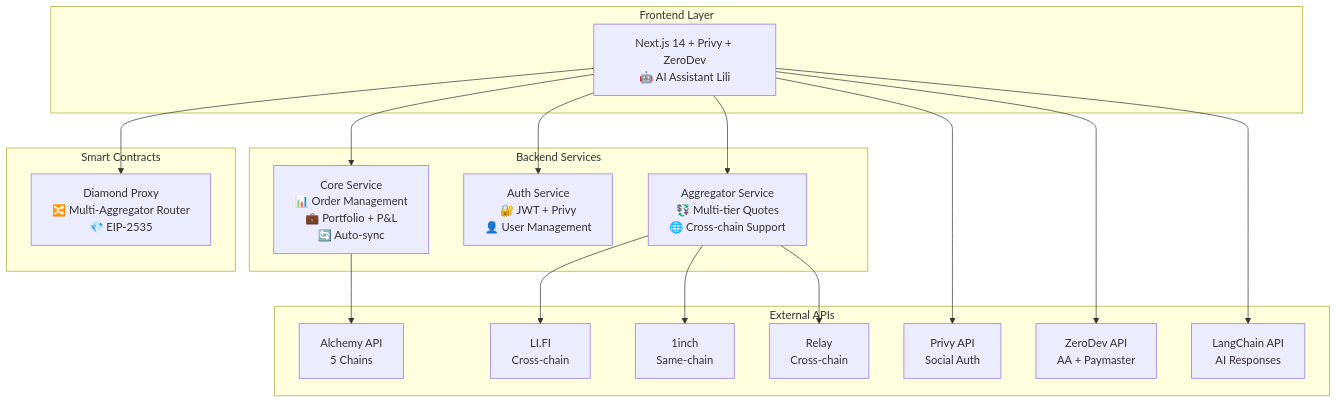
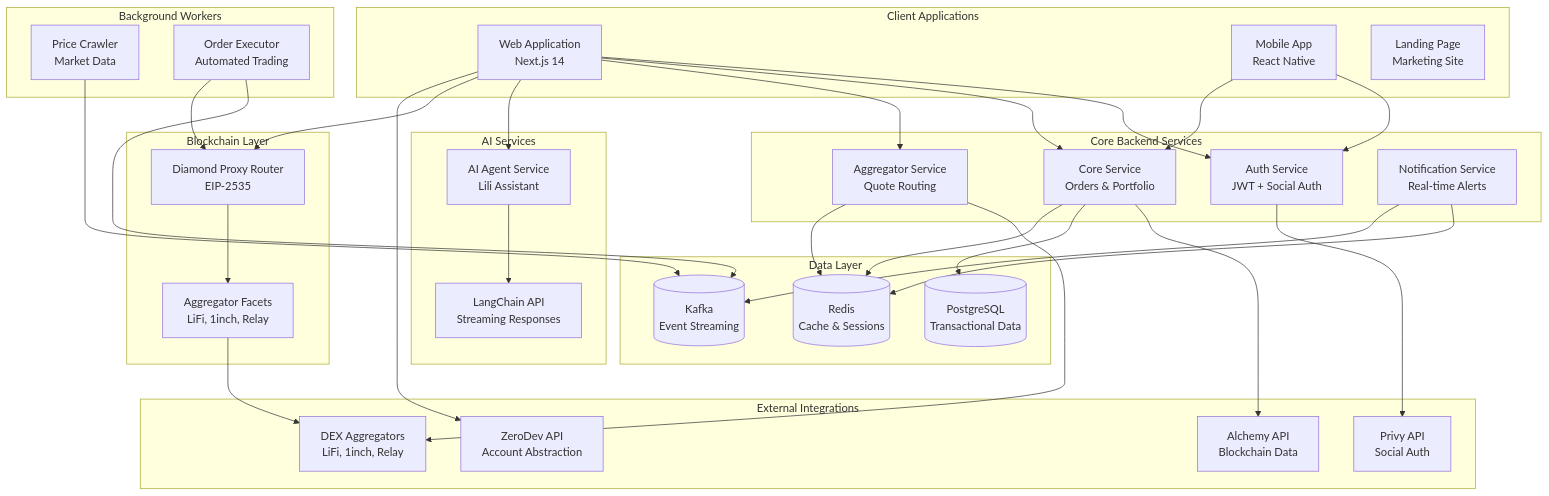
One commit to 0xsyncroot/moonx-farm changed the diagram in README.md. Above: the diagram before and after it, drawn with Mermaid. The commit also changed other lines of this file and 7 other files, not shown here.

````diff
--- a/README.md
+++ b/README.md
@@ -42,38 +23,73 @@
 ```mermaid
 graph TB
-    subgraph "Frontend Layer"
-        FE[Next.js 14 + Privy + ZeroDev<br/>🤖 AI Assistant Lili]
+    subgraph "Client Applications"
+        WEB[Web Application<br/>Next.js 14]
+        MOBILE[Mobile App<br/>React Native]
+        LANDING[Landing Page<br/>Marketing Site]
     end
     
-    subgraph "Backend Services"
-        CORE[Core Service<br/>📊 Order Management<br/>💼 Portfolio + P&L<br/>🔄 Auto-sync]
-        AUTH[Auth Service<br/>🔐 JWT + Privy<br/>👤 User Management]
-        AGG[Aggregator Service<br/>💱 Multi-tier Quotes<br/>🌐 Cross-chain Support]
+    subgraph "AI Services"
+        AI_AGENT[AI Agent Service<br/>Lili Assistant]
+        LANGCHAIN[LangChain API<br/>Streaming Responses]
     end
     
-    subgraph "Smart Contracts"
-        DIAMOND[Diamond Proxy<br/>🔀 Multi-Aggregator Router<br/>💎 EIP-2535]
+    subgraph "Core Backend Services"
+        AUTH[Auth Service<br/>JWT + Social Auth]
+        CORE[Core Service<br/>Orders & Portfolio]
+        AGG[Aggregator Service<br/>Quote Routing]
+        NOTIFY[Notification Service<br/>Real-time Alerts]
     end
     
-    subgraph "External APIs"
-        ALCHEMY[Alchemy API<br/>5 Chains]
-        LIFI[LI.FI<br/>Cross-chain]
-        ONEINCH[1inch<br/>Same-chain] 
-        RELAY[Relay<br/>Cross-chain]
-        PRIVY_API[Privy API<br/>Social Auth]
-        ZERODEV_API[ZeroDev API<br/>AA + Paymaster]
-        LANGCHAIN[LangChain API<br/>AI Responses]
+    subgraph "Background Workers"
+        PRICE_WORKER[Price Crawler<br/>Market Data]
+        ORDER_WORKER[Order Executor<br/>Automated Trading]
     end
     
-    FE --> CORE
-    FE --> AUTH
-    FE --> AGG
-    FE --> DIAMOND
-    FE --> PRIVY_API
-    FE --> ZERODEV_API
-    FE --> LANGCHAIN
+    subgraph "Blockchain Layer"
+        DIAMOND[Diamond Proxy Router<br/>EIP-2535]
+        FACETS[Aggregator Facets<br/>LiFi, 1inch, Relay]
+    end
+    
+    subgraph "External Integrations"
+        PRIVY[Privy API<br/>Social Auth]
+        ZERODEV[ZeroDev API<br/>Account Abstraction]
+        ALCHEMY[Alchemy API<br/>Blockchain Data]
+        DEX_AGGS[DEX Aggregators<br/>LiFi, 1inch, Relay]
+    end
+    
+    subgraph "Data Layer"
+        POSTGRES[(PostgreSQL<br/>Transactional Data)]
+        REDIS[(Redis<br/>Cache & Sessions)]
+        KAFKA[(Kafka<br/>Event Streaming)]
+    end
+    
+    WEB --> AUTH
+    WEB --> CORE
+    WEB --> AGG
+    WEB --> AI_AGENT
+    MOBILE --> AUTH
+    MOBILE --> CORE
+    
+    AI_AGENT --> LANGCHAIN
+    
+    AUTH --> PRIVY
     CORE --> ALCHEMY
-    AGG --> LIFI
-    AGG --> ONEINCH
-    AGG --> RELAY
+    CORE --> POSTGRES
+    CORE --> REDIS
+    
+    AGG --> DEX_AGGS
+    AGG --> REDIS
+    
+    NOTIFY --> REDIS
+    NOTIFY --> KAFKA
+    
+    PRICE_WORKER --> KAFKA
+    ORDER_WORKER --> KAFKA
+    ORDER_WORKER --> DIAMOND
+    
+    WEB --> DIAMOND
+    WEB --> ZERODEV
+    
+    DIAMOND --> FACETS
+    FACETS --> DEX_AGGS
 ```
````
